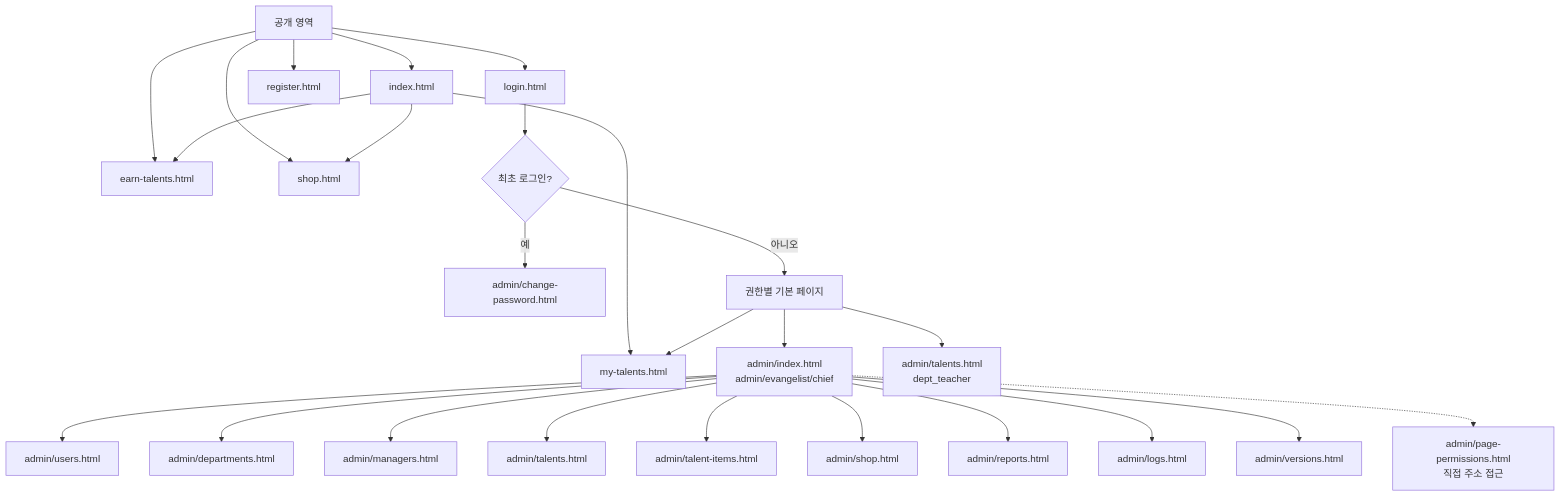
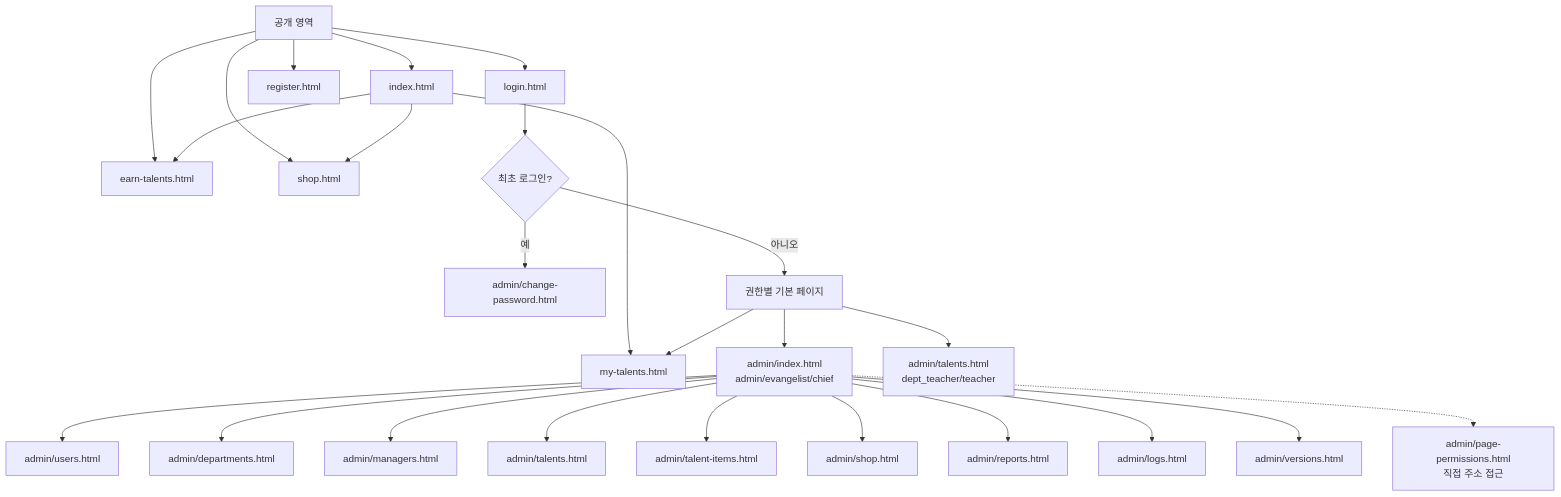
Before and after one commit to CHO-Talents/CHO-Talents: the first of 6 diagrams in README.md, drawn with Mermaid. The commit also changed other lines of this file, not shown here.

````diff
--- a/README.md
+++ b/README.md
@@ -85,30 +95,30 @@
 ```mermaid
 flowchart TD
   Public["공개 영역"] --> Home["index.html"]
   Public --> Earn["earn-talents.html"]
   Public --> Shop["shop.html"]
   Public --> Login["login.html"]
   Public --> Register["register.html"]
 
   Home --> Earn
   Home --> Shop
   Home --> MyTalents["my-talents.html"]
   Login --> FirstLogin{"최초 로그인?"}
   FirstLogin -->|예| ChangePassword["admin/change-password.html"]
   FirstLogin -->|아니오| Redirect["권한별 기본 페이지"]
 
   Redirect --> AdminDash["admin/index.html<br/>admin/evangelist/chief"]
-  Redirect --> DeptTalent["admin/talents.html<br/>dept_teacher"]
+  Redirect --> DeptTalent["admin/talents.html<br/>dept_teacher/teacher"]
   Redirect --> MyTalents
 
   AdminDash --> Users["admin/users.html"]
   AdminDash --> Departments["admin/departments.html"]
   AdminDash --> Managers["admin/managers.html"]
   AdminDash --> Talents["admin/talents.html"]
   AdminDash --> TalentItems["admin/talent-items.html"]
   AdminDash --> AdminShop["admin/shop.html"]
   AdminDash --> Reports["admin/reports.html"]
   AdminDash --> Logs["admin/logs.html"]
   AdminDash --> Versions["admin/versions.html"]
   AdminDash -.-> PagePerms["admin/page-permissions.html<br/>직접 주소 접근"]
 ```
````
